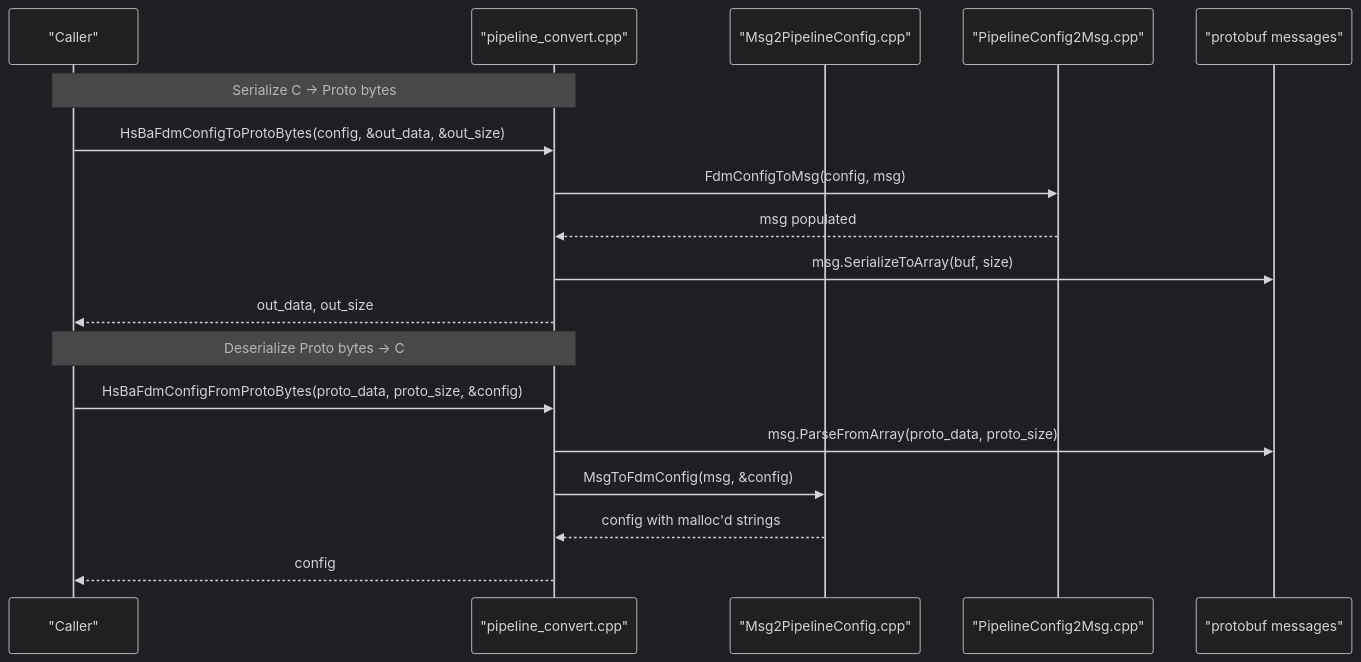
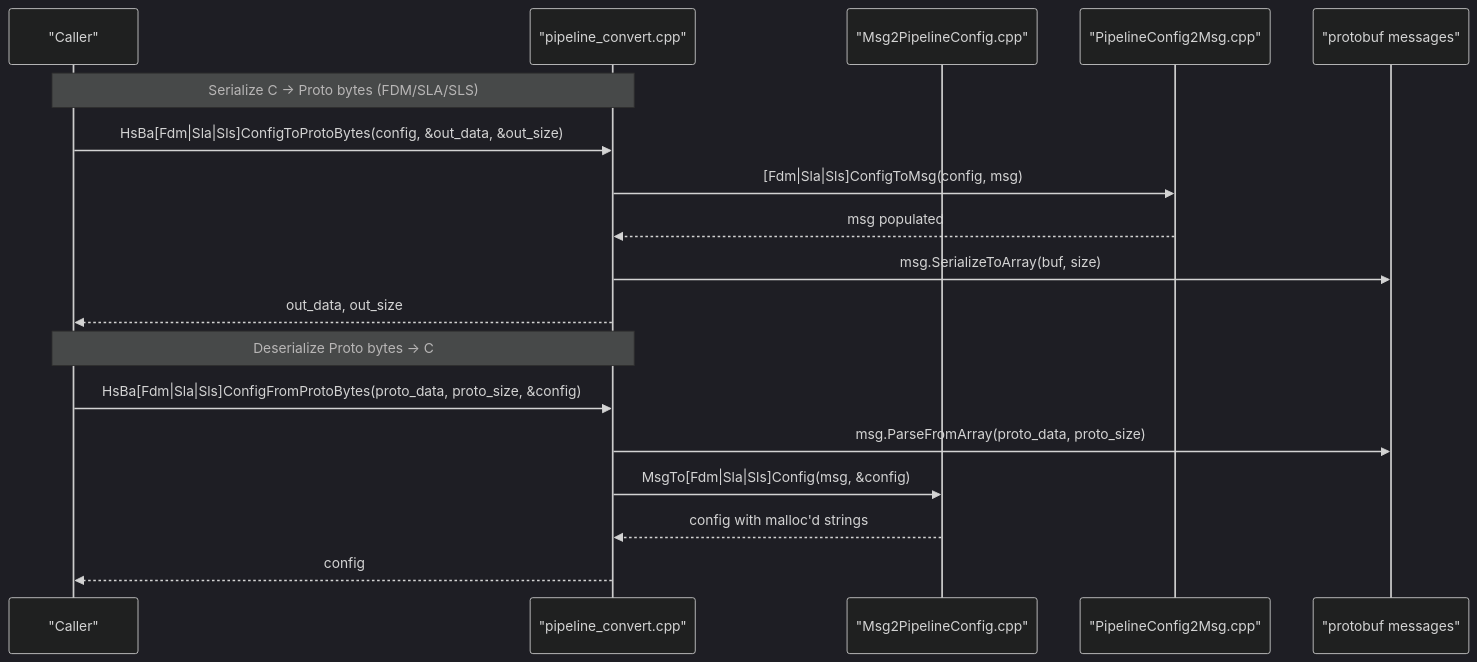
One commit to hsmbanlance/HsBaSlicer changed the second of 9 diagrams in .qoder/repowiki/en/content/API Reference/Pipeline Conversion API.md. Above: the diagram before and after it, drawn with Mermaid (dark theme). The commit also changed other lines of this file and 19 other files, not shown here.

````diff
--- a/.qoder/repowiki/en/content/API Reference/Pipeline Conversion API.md
+++ b/.qoder/repowiki/en/content/API Reference/Pipeline Conversion API.md
@@ -125,20 +151,20 @@
 ```mermaid
 sequenceDiagram
 participant Caller as "Caller"
 participant API as "pipeline_convert.cpp"
 participant ConvIn as "Msg2PipelineConfig.cpp"
 participant ConvOut as "PipelineConfig2Msg.cpp"
 participant Proto as "protobuf messages"
-Note over Caller,API : Serialize C -> Proto bytes
-Caller->>API : HsBaFdmConfigToProtoBytes(config, &out_data, &out_size)
-API->>ConvOut : FdmConfigToMsg(config, msg)
+Note over Caller,API : Serialize C -> Proto bytes (FDM/SLA/SLS)
+Caller->>API : HsBa[Fdm|Sla|Sls]ConfigToProtoBytes(config, &out_data, &out_size)
+API->>ConvOut : [Fdm|Sla|Sls]ConfigToMsg(config, msg)
 ConvOut-->>API : msg populated
 API->>Proto : msg.SerializeToArray(buf, size)
 API-->>Caller : out_data, out_size
 Note over Caller,API : Deserialize Proto bytes -> C
-Caller->>API : HsBaFdmConfigFromProtoBytes(proto_data, proto_size, &config)
+Caller->>API : HsBa[Fdm|Sla|Sls]ConfigFromProtoBytes(proto_data, proto_size, &config)
 API->>Proto : msg.ParseFromArray(proto_data, proto_size)
-API->>ConvIn : MsgToFdmConfig(msg, &config)
+API->>ConvIn : MsgTo[Fdm|Sla|Sls]Config(msg, &config)
 ConvIn-->>API : config with malloc'd strings
 API-->>Caller : config
 ```
````
